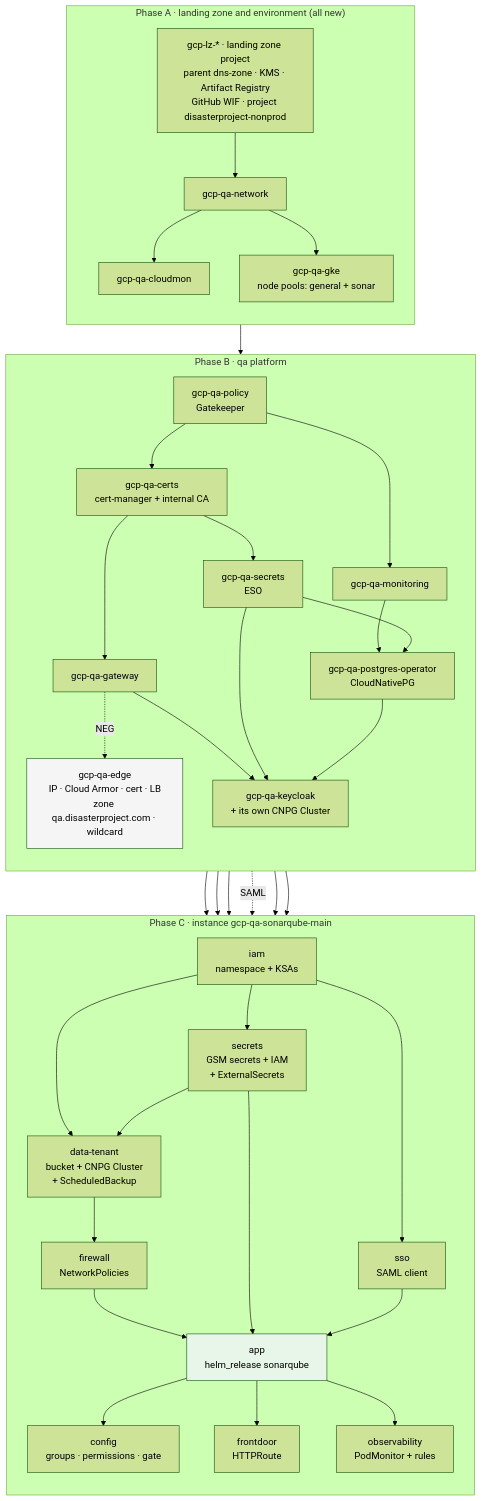
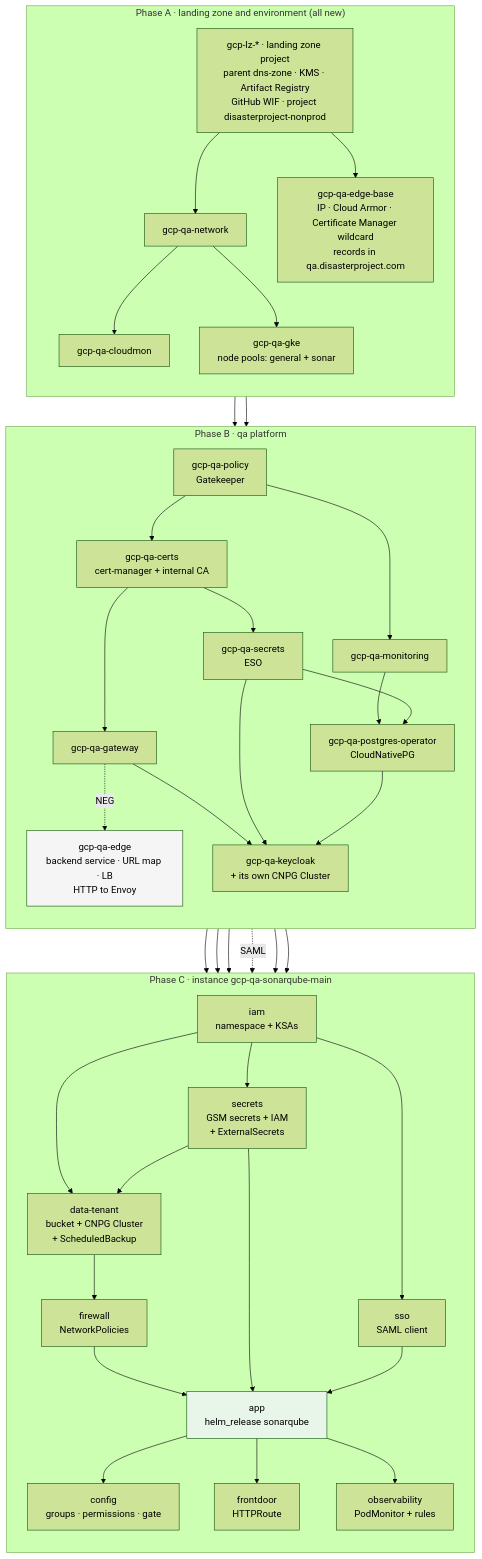
One commit to aescanero/proposal_documents changed the diagram in docs/en/proposals/sonarqube-qa/diagrams/03-orden-despliegue.mmd. Above: the diagram before and after it, drawn with Mermaid (forest theme). The commit also changed 53 other files, not shown here.

First line of the commit message:
Edge depends only downward: GLB to Envoy over HTTP (en and es)

```diff
--- a/docs/en/proposals/sonarqube-qa/diagrams/03-orden-despliegue.mmd
+++ b/docs/en/proposals/sonarqube-qa/diagrams/03-orden-despliegue.mmd
@@ -1,47 +1,49 @@
 flowchart TD
     subgraph Z["Phase A · landing zone and environment (all new)"]
         direction TB
         LZ["gcp-lz-* · landing zone project<br/>parent dns-zone · KMS · Artifact Registry<br/>GitHub WIF · project disasterproject-nonprod"] --> N["gcp-qa-network"]
         N --> CM["gcp-qa-cloudmon"]
         N --> C["gcp-qa-gke<br/>node pools: general + sonar"]
+        LZ --> EB["gcp-qa-edge-base<br/>IP · Cloud Armor · Certificate Manager wildcard<br/>records in qa.disasterproject.com"]
     end
 
     subgraph P["Phase B · qa platform"]
         direction TB
         C --> PO["gcp-qa-policy<br/>Gatekeeper"]
         PO --> CE["gcp-qa-certs<br/>cert-manager + internal CA"]
         PO --> M["gcp-qa-monitoring"]
         CE --> S1["gcp-qa-secrets<br/>ESO"]
         CE --> GW["gcp-qa-gateway"]
-        GW -. "NEG" .-> ED["gcp-qa-edge<br/>IP · Cloud Armor · cert · LB<br/>zone qa.disasterproject.com · wildcard"]
+        GW -. "NEG" .-> ED["gcp-qa-edge<br/>backend service · URL map · LB<br/>HTTP to Envoy"]
+        EB --> ED
         S1 --> DB["gcp-qa-postgres-operator<br/>CloudNativePG"]
         M --> DB
         DB --> KC["gcp-qa-keycloak<br/>+ its own CNPG Cluster"]
         S1 --> KC
         GW --> KC
     end
 
     subgraph I["Phase C · instance gcp-qa-sonarqube-main"]
         direction TB
         IAM["iam<br/>namespace + KSAs"] --> SEC["secrets<br/>GSM secrets + IAM<br/>+ ExternalSecrets"]
         IAM --> DATA["data-tenant<br/>bucket + CNPG Cluster<br/>+ ScheduledBackup"]
         SEC --> DATA
         DATA --> FW["firewall<br/>NetworkPolicies"]
         FW --> APP["app<br/>helm_release sonarqube"]
         SEC --> APP
         IAM --> SSO["sso<br/>SAML client"]
         SSO --> APP
         APP --> CFG["config<br/>groups · permissions · gate"]
         APP --> FD["frontdoor<br/>HTTPRoute"]
         APP --> OBS["observability<br/>PodMonitor + rules"]
     end
 
     S1 --> SEC
     DB --> DATA
     KC --> SSO
     KC -. "SAML" .-> APP
     GW --> FD
     M --> OBS
 
     style ED fill:#f5f5f5
     style APP fill:#e8f5e9
```
